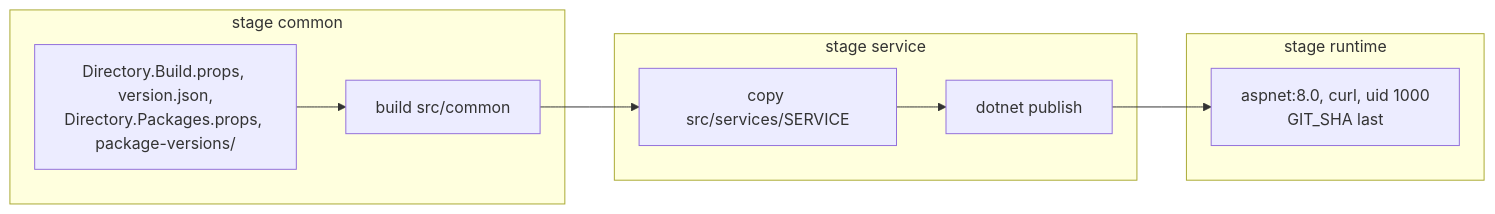
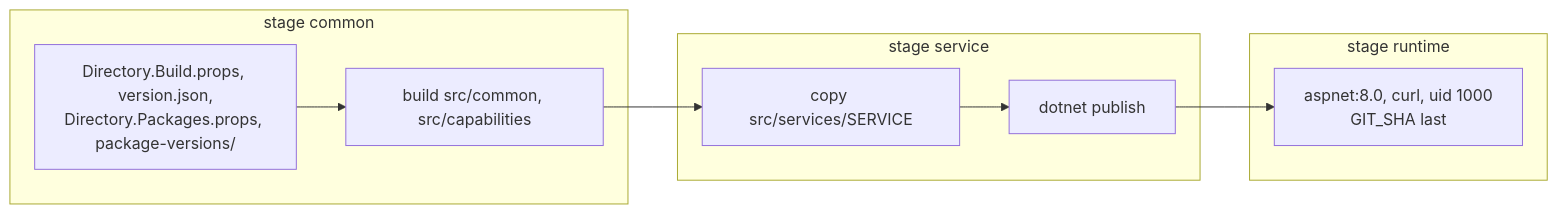
Before and after one commit to Vovanda/DotNetSolutionKit: the diagram in docs/operations/docker.md, drawn with Mermaid. The commit also changed other lines of this file and 71 other files, not shown here.

````diff
--- a/docs/operations/docker.md
+++ b/docs/operations/docker.md
@@ -14,12 +14,12 @@
 ```mermaid
 flowchart LR
     subgraph common_stage [stage common]
-        P[Directory.Build.props, version.json,<br/>Directory.Packages.props, package-versions/] --> CB[build src/common]
+        P[Directory.Build.props, version.json,<br/>Directory.Packages.props, package-versions/] --> CB[build src/common, src/capabilities]
     end
     subgraph service_stage [stage service]
         CB --> SF["copy src/services/SERVICE"] --> PUB[dotnet publish]
     end
     subgraph runtime_stage [stage runtime]
         PUB --> IMG["aspnet:8.0, curl, uid 1000<br/>GIT_SHA last"]
     end
 ```
````
